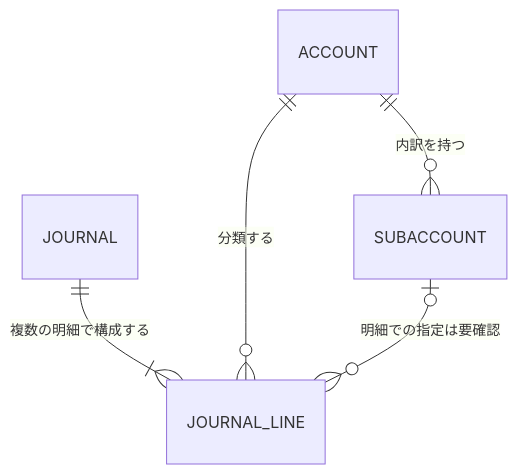
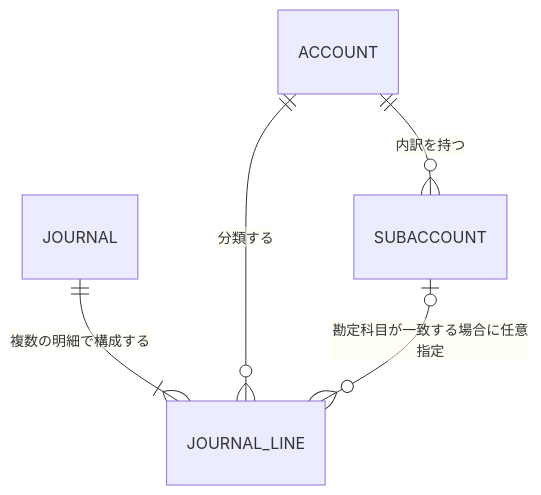
The diagram in docs/architecture/domain-model.md (akichko/aidevtemplate), drawn with Mermaid before and after one commit. The commit also changed other lines of this file and 29 other files, not shown here.

````diff
--- a/docs/architecture/domain-model.md
+++ b/docs/architecture/domain-model.md
@@ -7,7 +7,7 @@
 ```mermaid
 erDiagram
     JOURNAL ||--|{ JOURNAL_LINE : "複数の明細で構成する"
     ACCOUNT ||--o{ JOURNAL_LINE : "分類する"
     ACCOUNT ||--o{ SUBACCOUNT : "内訳を持つ"
-    SUBACCOUNT o|--o{ JOURNAL_LINE : "明細での指定は要確認"
+    SUBACCOUNT o|--o{ JOURNAL_LINE : "勘定科目が一致する場合に任意指定"
 ```
````
